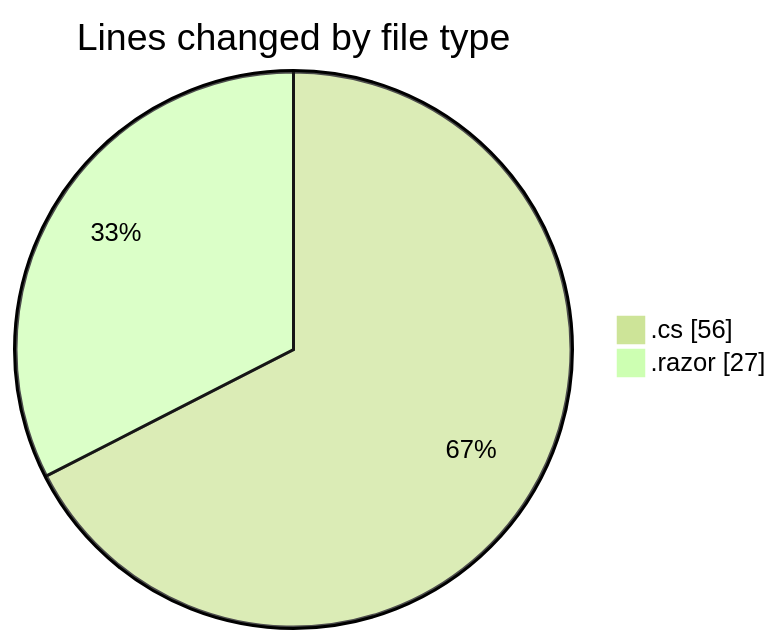
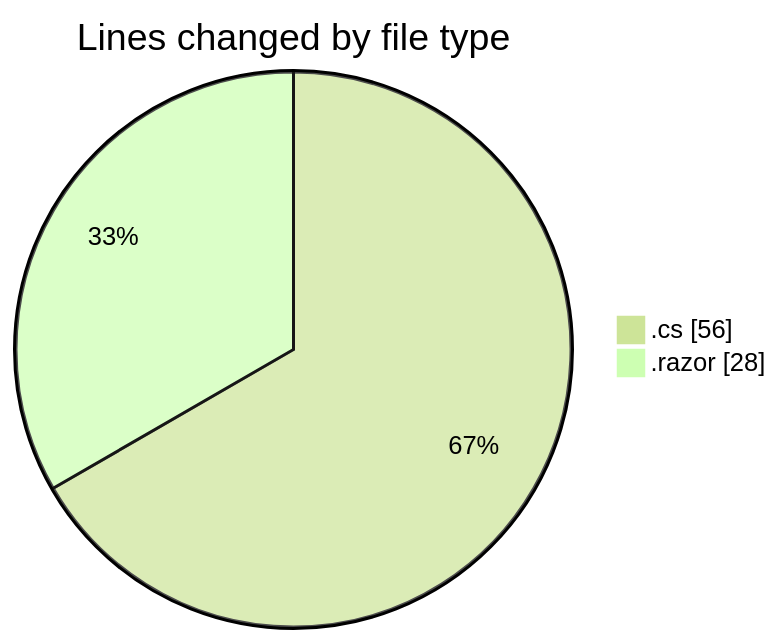
Before and after one commit to Netris89/code-tracking: the first of 2 diagrams in 2025-03-13/front-end/README.md, drawn with Mermaid (forest theme). The commit also changed other lines of this file and 1 other file, not shown here.

````diff
--- a/2025-03-13/front-end/README.md
+++ b/2025-03-13/front-end/README.md
@@ -21,6 +21,6 @@
 ```mermaid
 pie showData
 title Lines changed by file type
 ".cs" : 56
-".razor" : 27
+".razor" : 28
 ```
````
